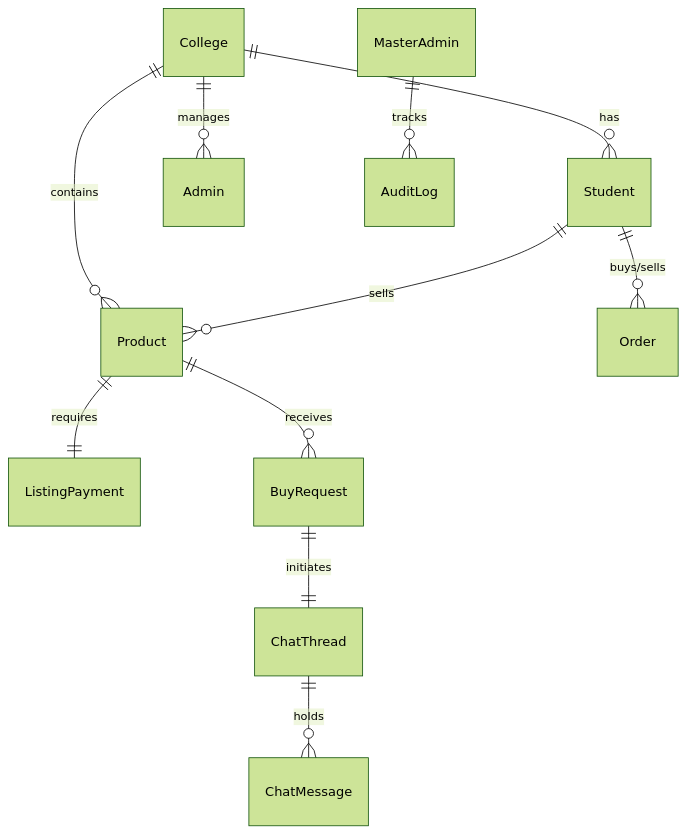
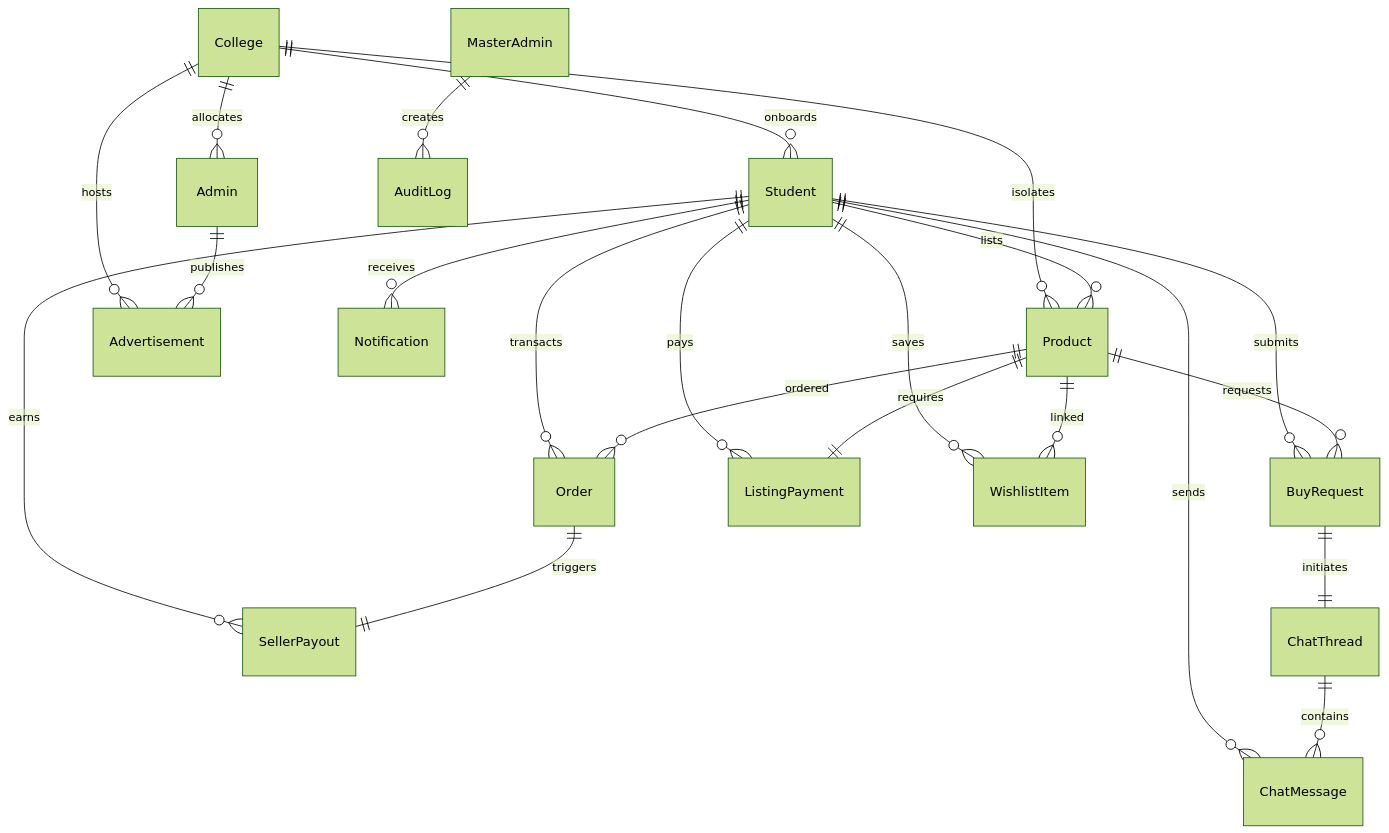
The diagram in README.md (Jevin2005/project-CampuseConnect), drawn with Mermaid (forest theme) before and after one commit. The commit also changed other lines of this file, not shown here.

Commit message:
REDME file update

````diff
--- a/README.md
+++ b/README.md
@@ -113,13 +118,29 @@
 ```mermaid
 erDiagram
-    College ||--o{ Student : "has"
-    College ||--o{ Admin : "manages"
-    College ||--o{ Product : "contains"
-    Student ||--o{ Product : "sells"
-    Student ||--o{ Order : "buys/sells"
+    College ||--o{ Student : "onboards"
+    College ||--o{ Admin : "allocates"
+    College ||--o{ Product : "isolates"
+    College ||--o{ Advertisement : "hosts"
+    
+    Admin ||--o{ Advertisement : "publishes"
+    
+    Student ||--o{ Product : "lists"
+    Student ||--o{ Order : "transacts"
+    Student ||--o{ BuyRequest : "submits"
+    Student ||--o{ ListingPayment : "pays"
+    Student ||--o{ WishlistItem : "saves"
+    Student ||--o{ Notification : "receives"
+    Student ||--o{ SellerPayout : "earns"
+    Student ||--o{ ChatMessage : "sends"
+    
     Product ||--|| ListingPayment : "requires"
-    Product ||--o{ BuyRequest : "receives"
+    Product ||--o{ BuyRequest : "requests"
+    Product ||--o{ WishlistItem : "linked"
+    Product ||--o{ Order : "ordered"
+    
     BuyRequest ||--|| ChatThread : "initiates"
-    ChatThread ||--o{ ChatMessage : "holds"
-    MasterAdmin ||--o{ AuditLog : "tracks"
+    ChatThread ||--o{ ChatMessage : "contains"
+    
+    Order ||--|| SellerPayout : "triggers"
+    MasterAdmin ||--o{ AuditLog : "creates"
 ```
````
